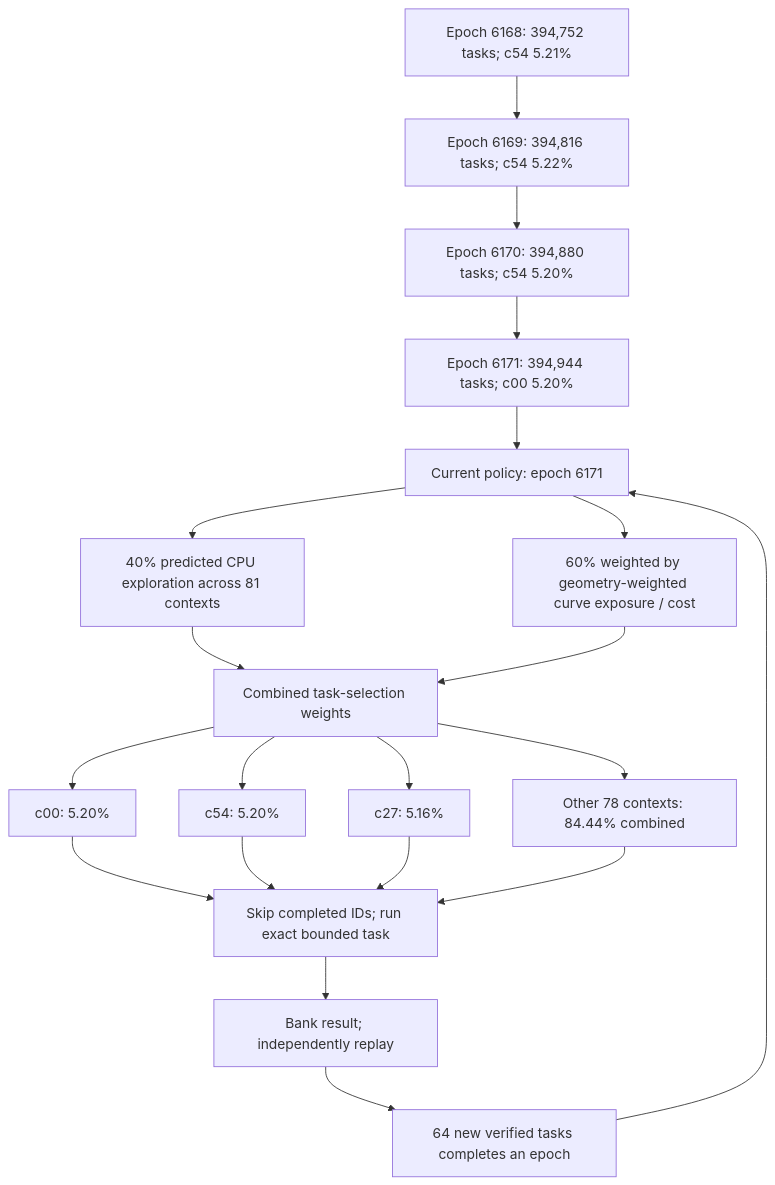
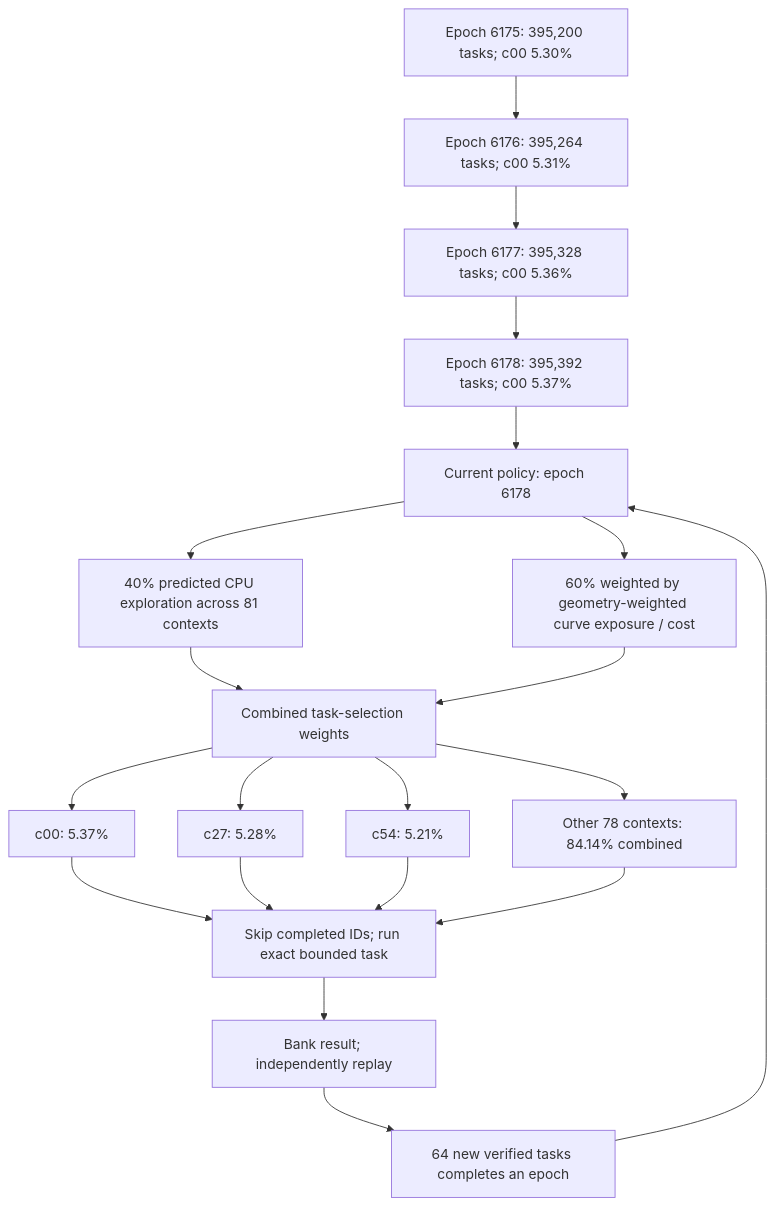
Before and after one commit to Kuberwastaken/math-gambling: the first of 4 diagrams in README.md, drawn with Mermaid. The commit also changed other lines of this file and 979 other files, not shown here.

````diff
--- a/README.md
+++ b/README.md
@@ -60,27 +60,27 @@
 ```mermaid
 flowchart TD
-    H0["Epoch 6168: 394,752 tasks; c54 5.21%"]
-    H1["Epoch 6169: 394,816 tasks; c54 5.22%"]
+    H0["Epoch 6175: 395,200 tasks; c00 5.30%"]
+    H1["Epoch 6176: 395,264 tasks; c00 5.31%"]
     H0 --> H1
-    H2["Epoch 6170: 394,880 tasks; c54 5.20%"]
+    H2["Epoch 6177: 395,328 tasks; c00 5.36%"]
     H1 --> H2
-    H3["Epoch 6171: 394,944 tasks; c00 5.20%"]
+    H3["Epoch 6178: 395,392 tasks; c00 5.37%"]
     H2 --> H3
-    Policy["Current policy: epoch 6171"]
+    Policy["Current policy: epoch 6178"]
     H3 --> Policy
     Policy --> Explore["40% predicted CPU exploration across 81 contexts"]
     Policy --> Cost["60% weighted by geometry-weighted curve exposure / cost"]
     Explore --> Mix["Combined task-selection weights"]
     Cost --> Mix
-    Mix --> C0["c00: 5.20%"]
-    Mix --> C1["c54: 5.20%"]
-    Mix --> C2["c27: 5.16%"]
-    Mix --> Rest["Other 78 contexts: 84.44% combined"]
+    Mix --> C0["c00: 5.37%"]
+    Mix --> C1["c27: 5.28%"]
+    Mix --> C2["c54: 5.21%"]
+    Mix --> Rest["Other 78 contexts: 84.14% combined"]
     C0 --> Check["Skip completed IDs; run exact bounded task"]
     C1 --> Check
     C2 --> Check
     Rest --> Check
     Check --> Replay["Bank result; independently replay"]
     Replay --> Gate["64 new verified tasks completes an epoch"]
     Gate --> Policy
 ```
````
